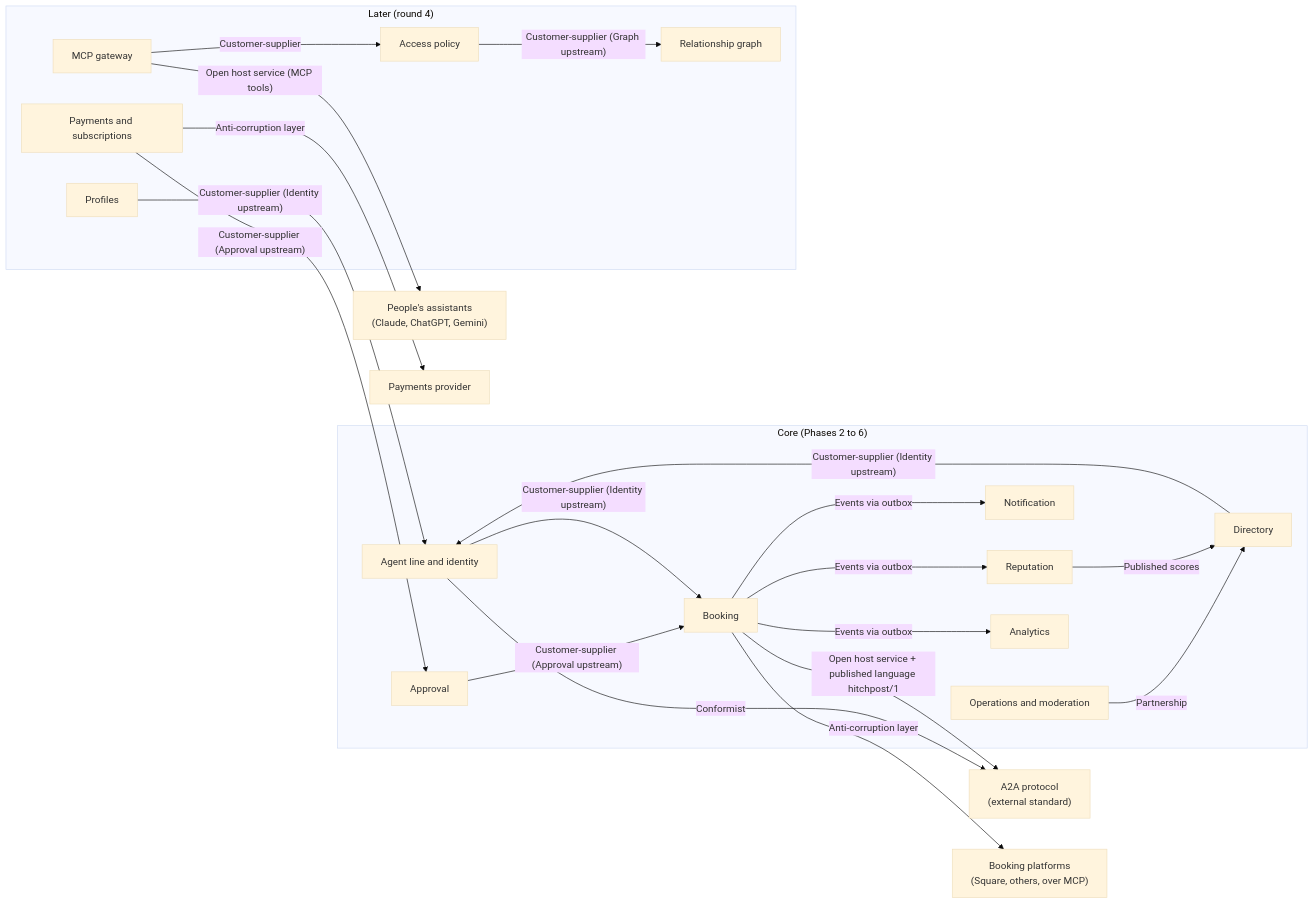
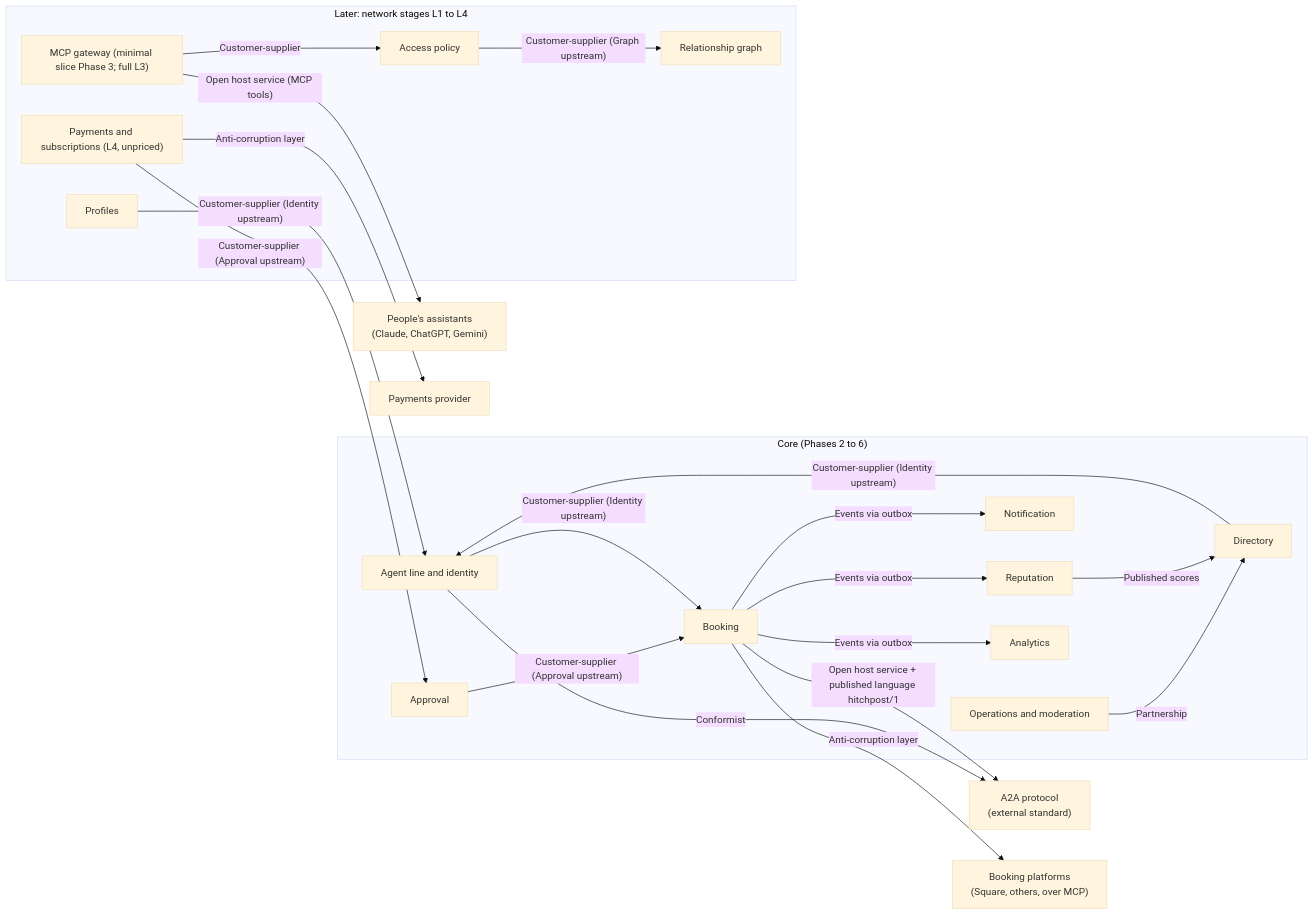
Before and after one commit to Jannisar01/hitchpost: the first of 2 diagrams in docs/sad/26-service-architecture.md, drawn with Mermaid (base theme). The commit also changed other lines of this file and 39 other files, not shown here.

````diff
--- a/docs/sad/26-service-architecture.md
+++ b/docs/sad/26-service-architecture.md
@@ -46,43 +46,43 @@
 ```mermaid
 flowchart LR
   A2A["A2A protocol<br/>(external standard)"]
   BP["Booking platforms<br/>(Square, others, over MCP)"]
   PA["People's assistants<br/>(Claude, ChatGPT, Gemini)"]
 
   subgraph Core["Core (Phases 2 to 6)"]
     ID["Agent line and identity"]
     BK["Booking"]
     AP["Approval"]
     DIR["Directory"]
     REP["Reputation"]
     NOT["Notification"]
     OPS["Operations and moderation"]
     AN["Analytics"]
   end
 
-  subgraph R4["Later (round 4)"]
+  subgraph R4["Later: network stages L1 to L4"]
     RG["Relationship graph"]
     POL["Access policy"]
     PRO["Profiles"]
-    PAY["Payments and subscriptions"]
-    MCP["MCP gateway"]
+    PAY["Payments and subscriptions (L4, unpriced)"]
+    MCP["MCP gateway (minimal slice Phase 3; full L3)"]
   end
 
   ID -- "Conformist" --> A2A
   BK -- "Open host service + published language hitchpost/1" --> A2A
   BK -- "Anti-corruption layer" --> BP
   AP -- "Customer-supplier (Approval upstream)" --> BK
   ID -- "Customer-supplier (Identity upstream)" --> BK
   BK -- "Events via outbox" --> REP
   BK -- "Events via outbox" --> NOT
   BK -- "Events via outbox" --> AN
   DIR -- "Customer-supplier (Identity upstream)" --> ID
   OPS -- "Partnership" --> DIR
   REP -- "Published scores" --> DIR
   MCP -- "Open host service (MCP tools)" --> PA
   MCP -- "Customer-supplier" --> POL
   POL -- "Customer-supplier (Graph upstream)" --> RG
   PRO -- "Customer-supplier (Identity upstream)" --> ID
   PAY -- "Customer-supplier (Approval upstream)" --> AP
   PAY -- "Anti-corruption layer" --> PSP["Payments provider"]
 ```
````
